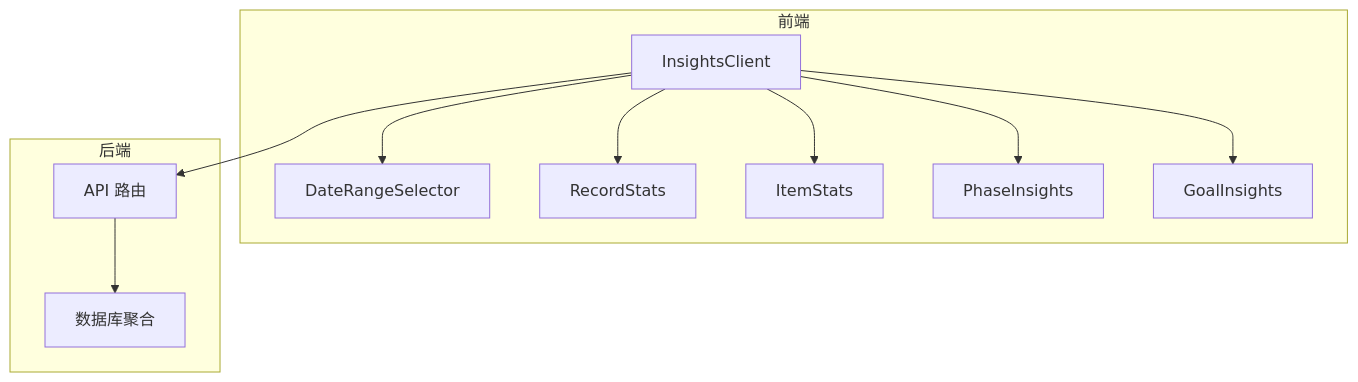
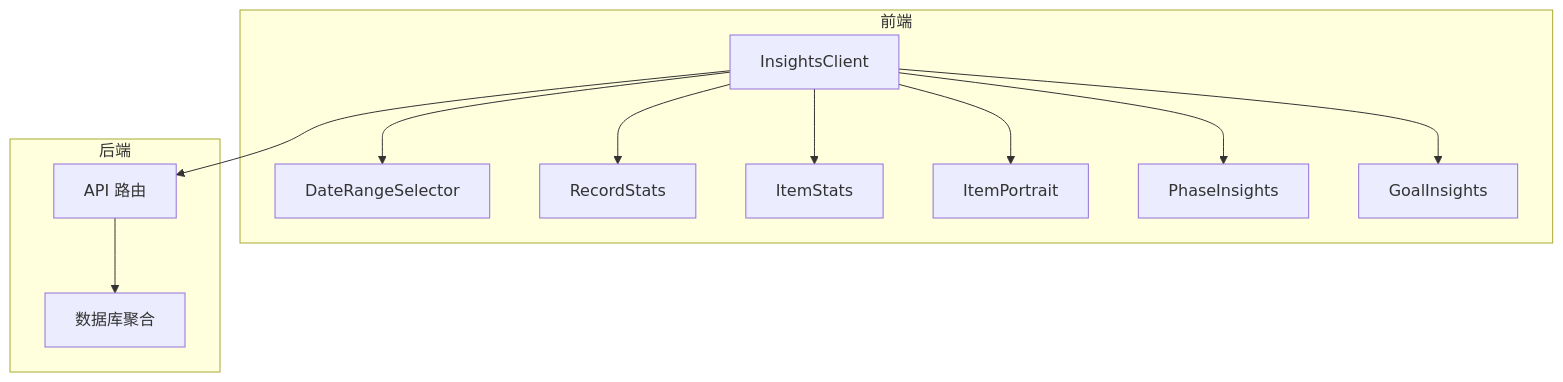
Diagram 11 of 11 in .qoder/repowiki/zh/content/核心功能模块/洞察分析系统/洞察分析系统.md (bbong1234/TETO), drawn with Mermaid before and after one commit. The commit also changed other lines of this file and 134 other files, not shown here.

````diff
--- a/.qoder/repowiki/zh/content/核心功能模块/洞察分析系统/洞察分析系统.md
+++ b/.qoder/repowiki/zh/content/核心功能模块/洞察分析系统/洞察分析系统.md
@@ -285,22 +321,24 @@
 ```mermaid
 graph TB
 subgraph "前端"
 IC["InsightsClient"]
 DR["DateRangeSelector"]
 RS["RecordStats"]
 IS["ItemStats"]
+IP["ItemPortrait"]
 PI["PhaseInsights"]
 GI["GoalInsights"]
 end
 subgraph "后端"
 AR["API 路由"]
 DB["数据库聚合"]
 end
 IC --> DR
 IC --> RS
 IC --> IS
+IC --> IP
 IC --> PI
 IC --> GI
 IC --> AR
 AR --> DB
 ```
````
